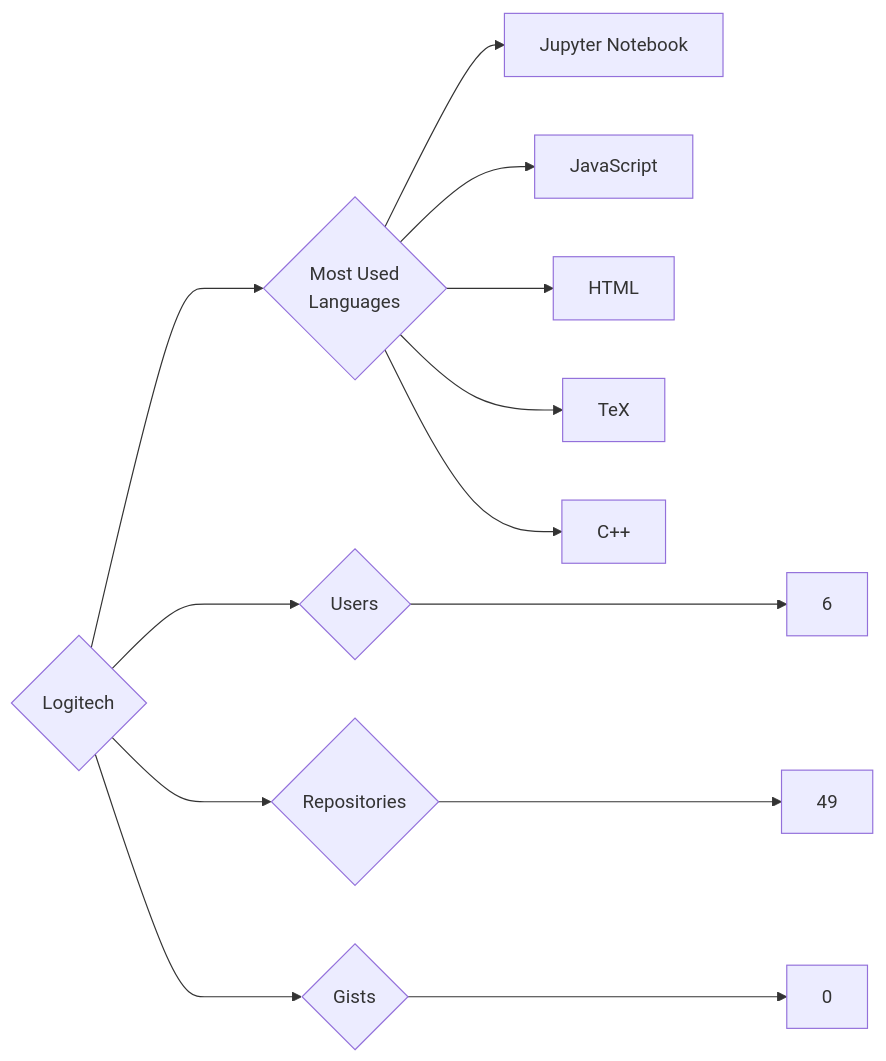
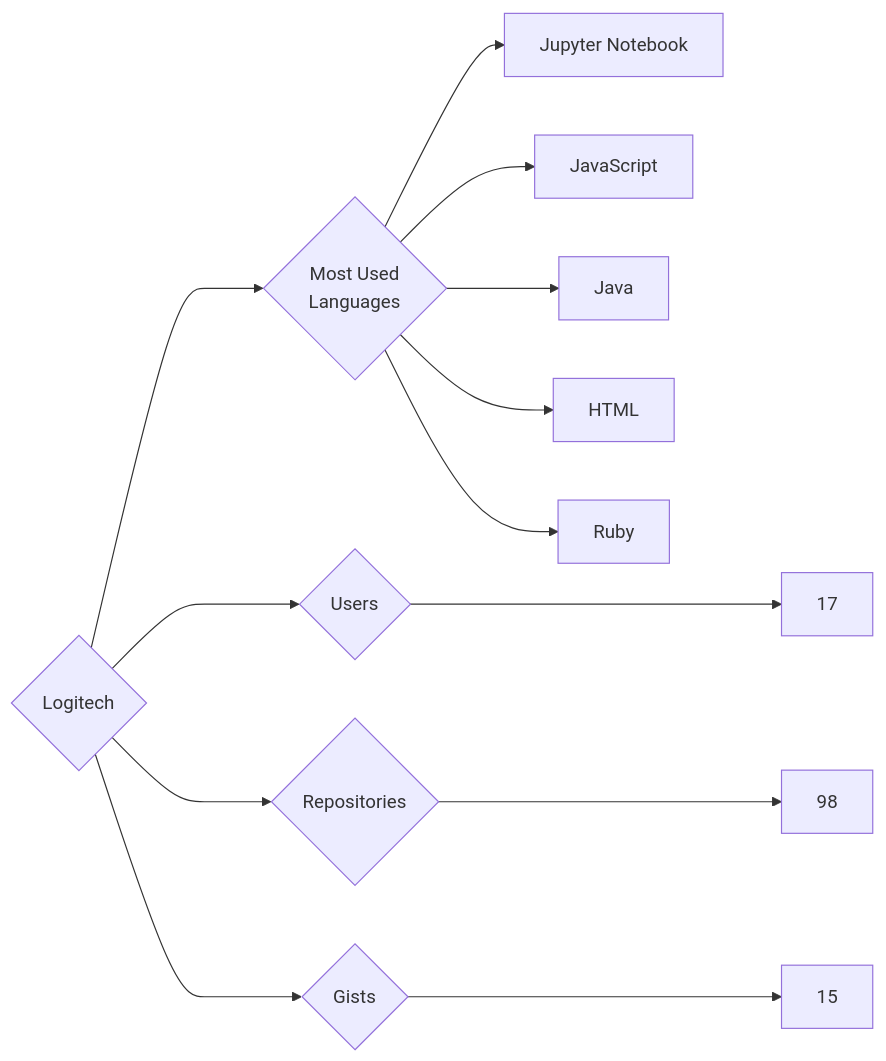
One commit to trickest/insiders changed the diagram in targets/Logitech/README.md. Above: the diagram before and after it, drawn with Mermaid. The commit also changed 932 other files, not shown here.

````diff
--- a/targets/Logitech/README.md
+++ b/targets/Logitech/README.md
@@ -3,13 +3,13 @@
 ```mermaid
 graph LR
 COMPANY_NAME{Logitech}
-COMPANY_NAME ---> U{Users} ---> UN[6]
-COMPANY_NAME ---> R{Repositories} ---> RN[49]
-COMPANY_NAME ---> G{Gists} ---> GN[0]
+COMPANY_NAME ---> U{Users} ---> UN[17]
+COMPANY_NAME ---> R{Repositories} ---> RN[98]
+COMPANY_NAME ---> G{Gists} ---> GN[15]
 COMPANY_NAME ---> ML{Most Used<br>Languages}
 ML --> Jupyter_Notebook[Jupyter Notebook]
 ML --> JavaScript[JavaScript]
+ML --> Java[Java]
 ML --> HTML[HTML]
-ML --> TeX[TeX]
-ML --> C++[C++]
+ML --> Ruby[Ruby]
 ```
````
